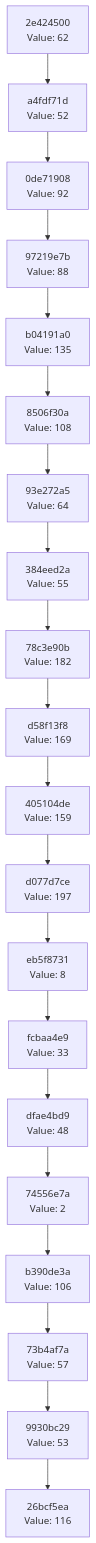
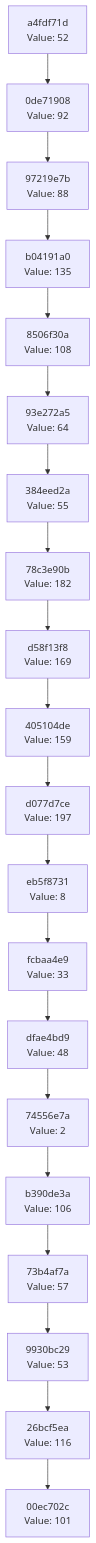
Before and after one commit to Abhisheksinha1506/hash-chain-evolver: the diagram in docs/CHAIN_VISUALIZATION.md, drawn with Mermaid. The commit also changed 2 other files, not shown here.

Commit message:
Evolution Step

````diff
--- a/docs/CHAIN_VISUALIZATION.md
+++ b/docs/CHAIN_VISUALIZATION.md
@@ -3,42 +3,42 @@
 ```mermaid
 graph TD
-    C0["26bcf5ea<br/>Value: 116"]
-    C1["9930bc29<br/>Value: 53"]
+    C0["00ec702c<br/>Value: 101"]
+    C1["26bcf5ea<br/>Value: 116"]
     C1 --> C0
-    C2["73b4af7a<br/>Value: 57"]
+    C2["9930bc29<br/>Value: 53"]
     C2 --> C1
-    C3["b390de3a<br/>Value: 106"]
+    C3["73b4af7a<br/>Value: 57"]
     C3 --> C2
-    C4["74556e7a<br/>Value: 2"]
+    C4["b390de3a<br/>Value: 106"]
     C4 --> C3
-    C5["dfae4bd9<br/>Value: 48"]
+    C5["74556e7a<br/>Value: 2"]
     C5 --> C4
-    C6["fcbaa4e9<br/>Value: 33"]
+    C6["dfae4bd9<br/>Value: 48"]
     C6 --> C5
-    C7["eb5f8731<br/>Value: 8"]
+    C7["fcbaa4e9<br/>Value: 33"]
     C7 --> C6
-    C8["d077d7ce<br/>Value: 197"]
+    C8["eb5f8731<br/>Value: 8"]
     C8 --> C7
-    C9["405104de<br/>Value: 159"]
+    C9["d077d7ce<br/>Value: 197"]
     C9 --> C8
-    C10["d58f13f8<br/>Value: 169"]
+    C10["405104de<br/>Value: 159"]
     C10 --> C9
-    C11["78c3e90b<br/>Value: 182"]
+    C11["d58f13f8<br/>Value: 169"]
     C11 --> C10
-    C12["384eed2a<br/>Value: 55"]
+    C12["78c3e90b<br/>Value: 182"]
     C12 --> C11
-    C13["93e272a5<br/>Value: 64"]
+    C13["384eed2a<br/>Value: 55"]
     C13 --> C12
-    C14["8506f30a<br/>Value: 108"]
+    C14["93e272a5<br/>Value: 64"]
     C14 --> C13
-    C15["b04191a0<br/>Value: 135"]
+    C15["8506f30a<br/>Value: 108"]
     C15 --> C14
-    C16["97219e7b<br/>Value: 88"]
+    C16["b04191a0<br/>Value: 135"]
     C16 --> C15
-    C17["0de71908<br/>Value: 92"]
+    C17["97219e7b<br/>Value: 88"]
     C17 --> C16
-    C18["a4fdf71d<br/>Value: 52"]
+    C18["0de71908<br/>Value: 92"]
     C18 --> C17
-    C19["2e424500<br/>Value: 62"]
+    C19["a4fdf71d<br/>Value: 52"]
     C19 --> C18
 ```
````
